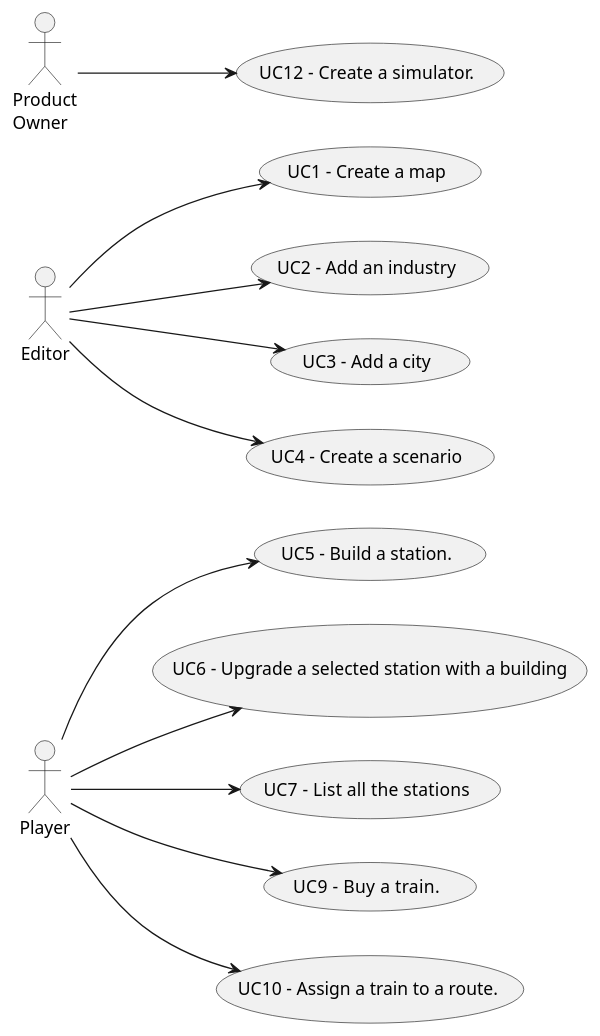
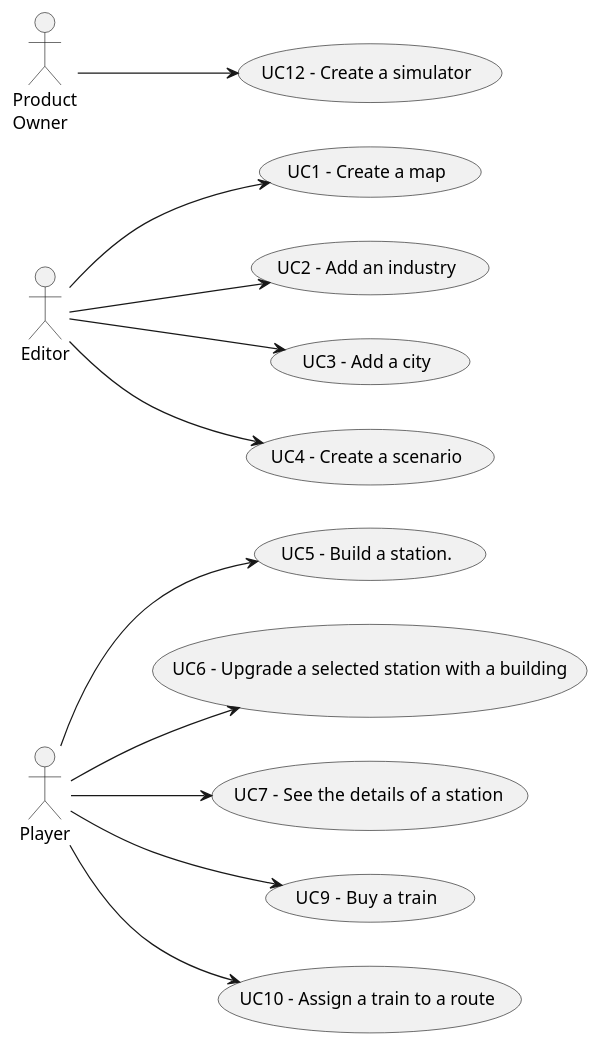
Before and after one commit to bruno-monteiro5/sem2-pi-24.25-g132-repo: the diagram in docs/system-documentation/global-artifacts/01.requirements-engineering/puml/UCD.puml, drawn with PlantUML. The commit also changed 10 other files, not shown here.

```diff
--- a/docs/system-documentation/global-artifacts/01.requirements-engineering/puml/UCD.puml
+++ b/docs/system-documentation/global-artifacts/01.requirements-engineering/puml/UCD.puml
@@ -1,52 +1,52 @@
 @startuml
 'skinparam monochrome true
 skinparam packageStyle rectangle
 'skinparam shadowing false
 
 
 'title Use Case Diagram Example
 
 left to right direction
 
 'rectangle "System Actors" as actors {
     actor "Player" as Player
     actor "Editor" as Editor
     actor "Product\nOwner" as Owner
 '}
 
 'rectangle "Use Cases" as usecases{
     usecase "UC1 - Create a map" as UC1
     Editor --> UC1
 
     usecase "UC2 - Add an industry" as UC2
     Editor --> UC2
 
     usecase "UC3 - Add a city" as UC3
     Editor --> UC3
 
     usecase "UC4 - Create a scenario" as UC4
     Editor --> UC4
 
     usecase "UC5 - Build a station." as UC5
     Player --> UC5
 
     usecase "UC6 - Upgrade a selected station with a building" as UC6
     Player --> UC6
 
-    usecase "UC7 -  List all the stations" as UC7
+    usecase "UC7 -  See the details of a station" as UC7
     Player --> UC7
 
-    usecase "UC9 -  Buy a train." as UC9
+    usecase "UC9 -  Buy a train" as UC9
     Player --> UC9
 
-    usecase "UC10 - Assign a train to a route." as UC10
+    usecase "UC10 - Assign a train to a route" as UC10
     Player --> UC10
 
-    usecase "UC12 - Create a simulator." as UC12
+    usecase "UC12 - Create a simulator" as UC12
     Owner --> UC12
 
 
 '}
 
 
 @enduml
```
